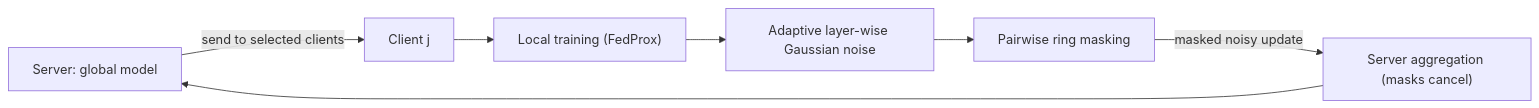
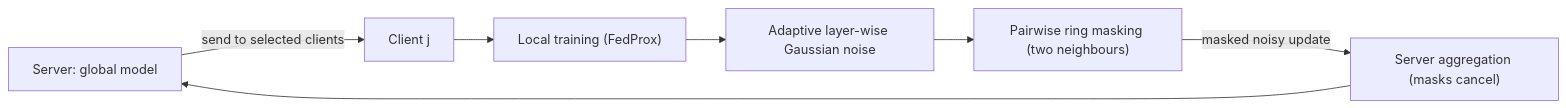
One commit to IsratTasnimEsha/FPMANR changed the diagram in README.md. Above: the diagram before and after it, drawn with Mermaid. The commit also changed other lines of this file, not shown here.

````diff
--- a/README.md
+++ b/README.md
@@ -57,9 +61,9 @@
 ```mermaid
 flowchart LR
     S["Server: global model"] -->|send to selected clients| C["Client j"]
     C --> T["Local training (FedProx)"]
     T --> N["Adaptive layer-wise Gaussian noise"]
-    N --> M["Pairwise ring masking"]
+    N --> M["Pairwise ring masking (two neighbours)"]
     M -->|masked noisy update| A["Server aggregation (masks cancel)"]
     A --> S
 ```
````
